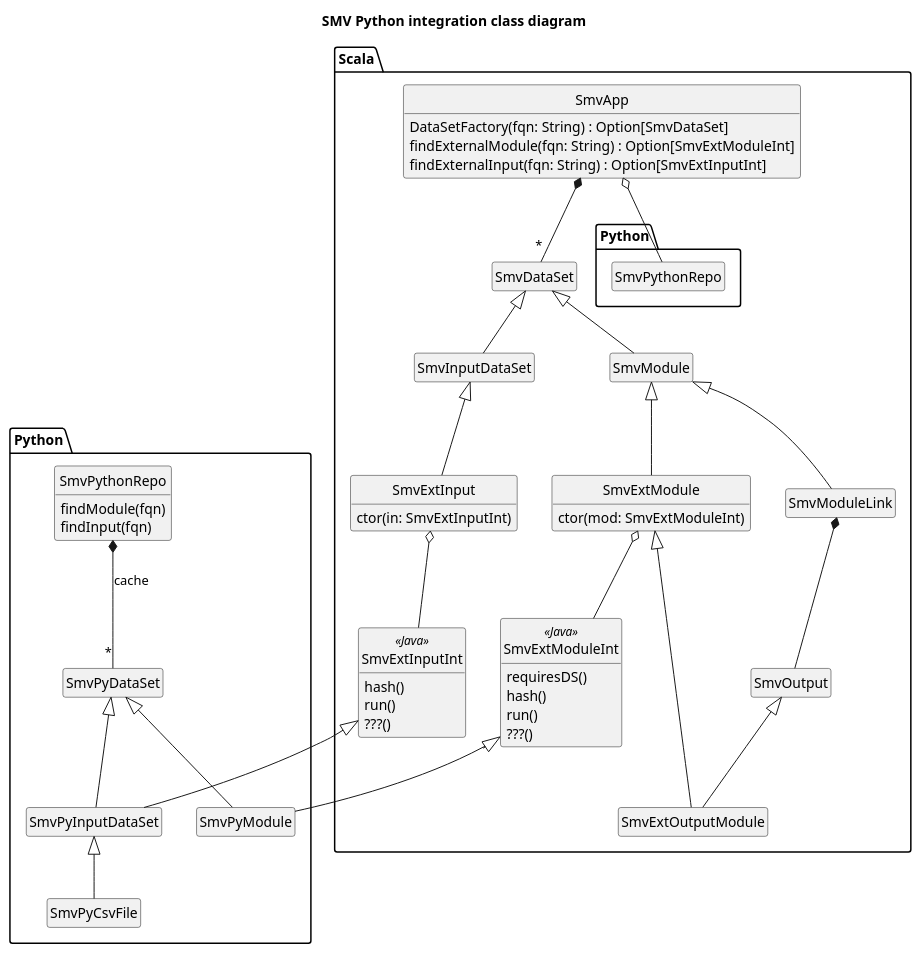
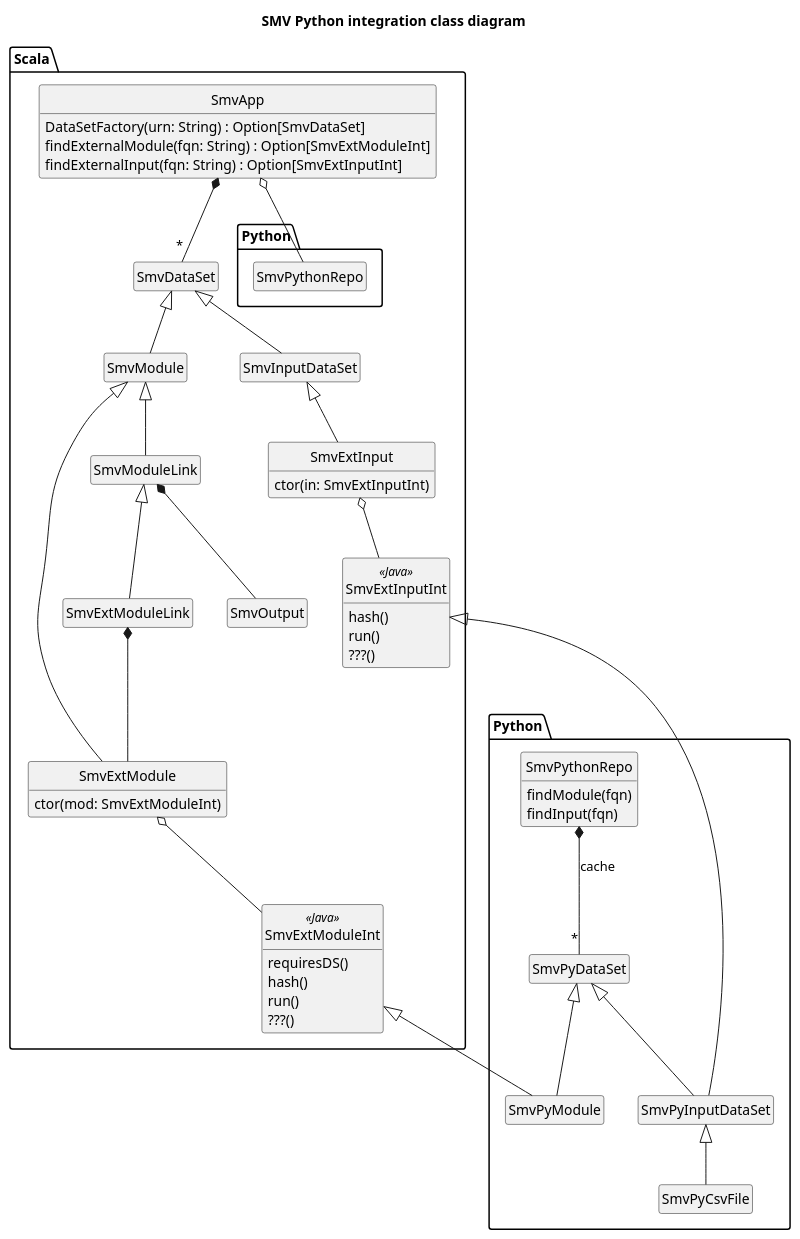
Before and after one commit to TresAmigosSD/SMV: the diagram in docs/design/Python/py_api_class.puml, drawn with PlantUML.

Commit message:
updated pyhton api class diagram

```diff
--- a/docs/design/Python/py_api_class.puml
+++ b/docs/design/Python/py_api_class.puml
@@ -1,70 +1,70 @@
 @startuml
 
 title SMV Python integration class diagram
 
 hide empty methods
 hide empty fields
 hide circle
 
 package Scala {
   class SmvApp {
-    DataSetFactory(fqn: String) : Option[SmvDataSet]
+    DataSetFactory(urn: String) : Option[SmvDataSet]
     findExternalModule(fqn: String) : Option[SmvExtModuleInt]
     findExternalInput(fqn: String) : Option[SmvExtInputInt]
   }
   class SmvOutput
   class SmvDataSet
   class SmvInputDataSet extends SmvDataSet
   class Scala.SmvExtModuleInt <<Java>> {
     requiresDS()
     hash()
     run()
     ???()
   }
   class Scala.SmvExtInputInt <<Java>> {
     hash()
     run()
     ???()
   }
 
   SmvApp o-- Python.SmvPythonRepo
   SmvApp *-- "*" SmvDataSet
 
   class SmvModuleLink extends SmvModule
   SmvModuleLink *-- SmvOutput
 
   class SmvModule extends SmvDataSet
 
   class SmvExtModule extends SmvModule {
     ctor(mod: SmvExtModuleInt)
   }
   SmvExtModule o-- Scala.SmvExtModuleInt
 
   class SmvExtInput extends SmvInputDataSet {
     ctor(in: SmvExtInputInt)
   }
   SmvExtInput o-- Scala.SmvExtInputInt
 
-  class SmvExtOutputModule extends SmvExtModule
-  SmvExtOutputModule -U-|> SmvOutput
+  class SmvExtModuleLink extends SmvModuleLink
+  SmvExtModuleLink *-- SmvExtModule
 }
 
 package Python {
   class SmvPythonRepo {
     findModule(fqn)
     findInput(fqn)
   }
   class SmvPyDataSet
 
   class SmvPyModule extends Scala.SmvExtModuleInt
   SmvPyModule -U-|> SmvPyDataSet
 
   class SmvPyInputDataSet extends Scala.SmvExtInputInt
   SmvPyInputDataSet -U-|> SmvPyDataSet
 
   SmvPythonRepo *-- "*" SmvPyDataSet : "cache"
 
   SmvPyCsvFile -U-|> SmvPyInputDataSet
 }
 
 @enduml
```
